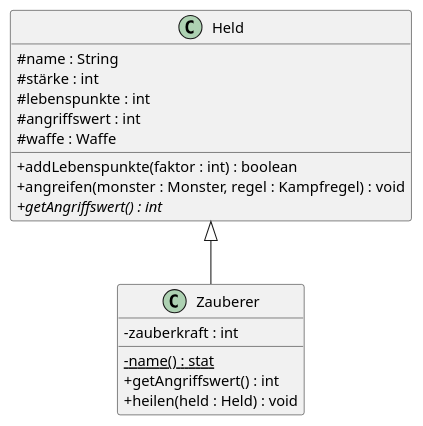
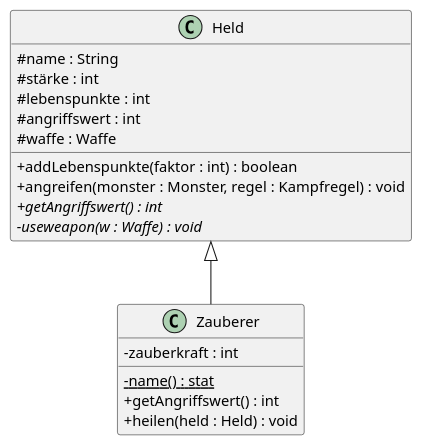
Before and after one commit to Katzentante/plantuml2java: the diagram in test.puml, drawn with PlantUML. The commit also changed 4 other files, not shown here.

```diff
--- a/test.puml
+++ b/test.puml
@@ -1,38 +1,40 @@
 @startuml
 skinparam classAttributeIconSize 0
 class Held{
 # name : String
 # stärke : int
 # lebenspunkte : int
 # angriffswert : int
 # waffe : Waffe
 + addLebenspunkte(faktor : int) : boolean
 + angreifen(monster : Monster, regel : Kampfregel) : void
 + {abstract} getAngriffswert() : int
+- {abstract} useweapon(w : Waffe) : void
 }
 class Zauberer{
 - zauberkraft : int
+
 - {static} name() : stat
 + getAngriffswert() : int
 + heilen(held : Held) : void
 }
 Held <|-- Zauberer
 ' class Krieger{
 ' - ausdauer : int
 ' + Krieger(name : String, stärke : int, lebenspunkte : int, angriffswert : int, ausdauer : int)
 ' + Krieger(name : String)
 ' + getAngriffswert() : int
 ' }
 ' Krieger --|> Held
 ' class Würfel{
 ' - augen : int
 ' + Würfel(augen : int)
 ' + würfeln() : int
 ' }
 '
 ' class Gott {
 ' - Gottpower : long
 ' + {static} würfeln() : long
 ' + töten(held: Held) : void 
 ' }
 @enduml
```
